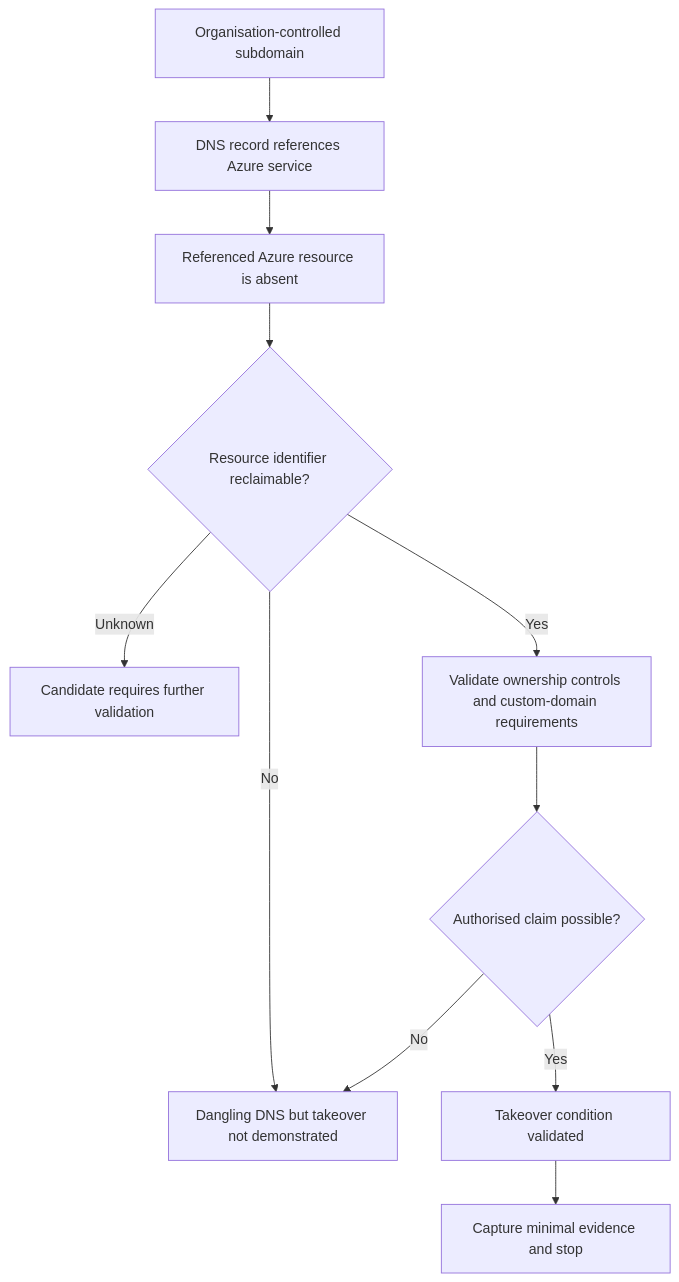
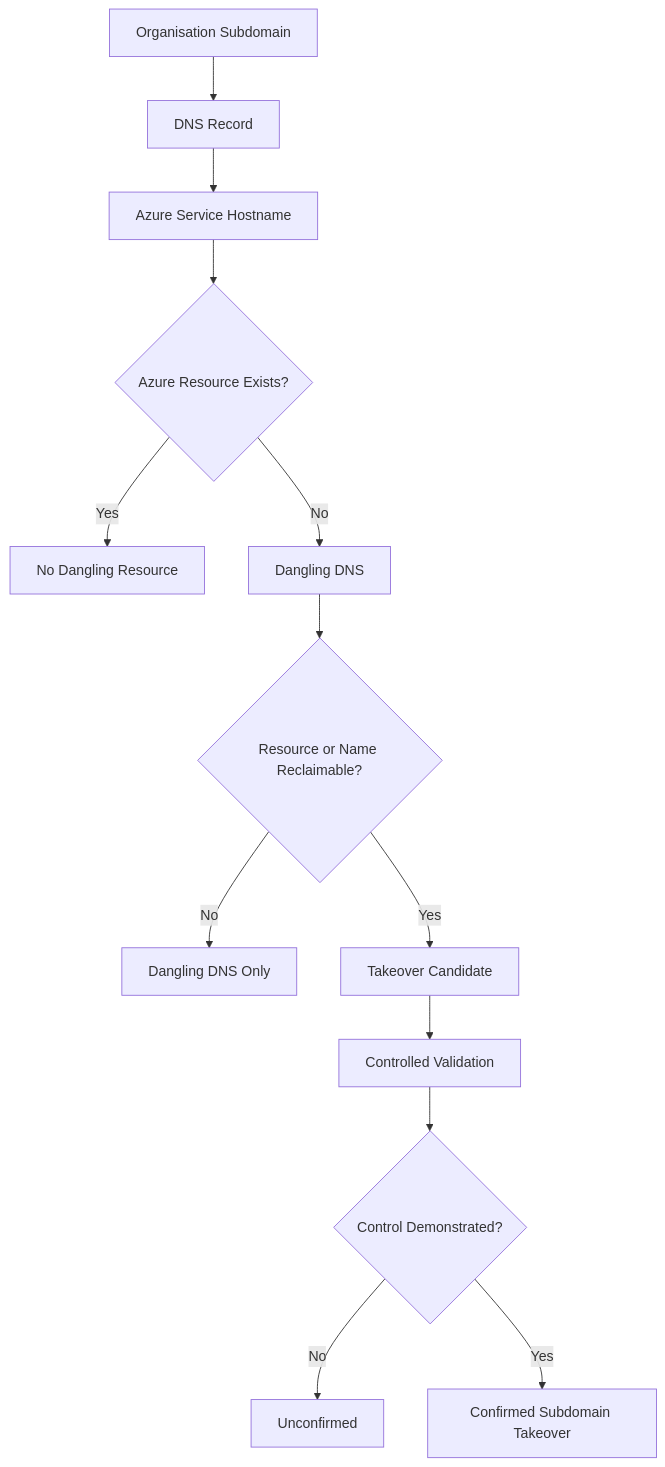
Before and after one commit to asifnawazminhas/security-notes: the diagram in docs/cloud/azure/subdomain-takeover.md, drawn with Mermaid. The commit also changed other lines of this file, not shown here.

First line of the commit message:
Revise Azure subdomain takeover documentation

````diff
--- a/docs/cloud/azure/subdomain-takeover.md
+++ b/docs/cloud/azure/subdomain-takeover.md
@@ -41,13 +15,20 @@
 ```mermaid
 flowchart TD
-    A["Organisation-controlled subdomain"] --> B["DNS record references Azure service"]
-    B --> C["Referenced Azure resource is absent"]
-    C --> D{"Resource identifier reclaimable?"}
-    D -->|No| E["Dangling DNS but takeover not demonstrated"]
-    D -->|Unknown| F["Candidate requires further validation"]
-    D -->|Yes| G["Validate ownership controls and custom-domain requirements"]
-    G --> H{"Authorised claim possible?"}
-    H -->|No| E
-    H -->|Yes| I["Takeover condition validated"]
-    I --> J["Capture minimal evidence and stop"]
+    A["Organisation Subdomain"] --> B["DNS Record"]
+    B --> C["Azure Service Hostname"]
+    C --> D{"Azure Resource Exists?"}
+
+    D -->|Yes| E["No Dangling Resource"]
+    D -->|No| F["Dangling DNS"]
+
+    F --> G{"Resource or Name Reclaimable?"}
+
+    G -->|No| H["Dangling DNS Only"]
+    G -->|Yes| I["Takeover Candidate"]
+
+    I --> J["Controlled Validation"]
+    J --> K{"Control Demonstrated?"}
+
+    K -->|No| L["Unconfirmed"]
+    K -->|Yes| M["Confirmed Subdomain Takeover"]
 ```
````
